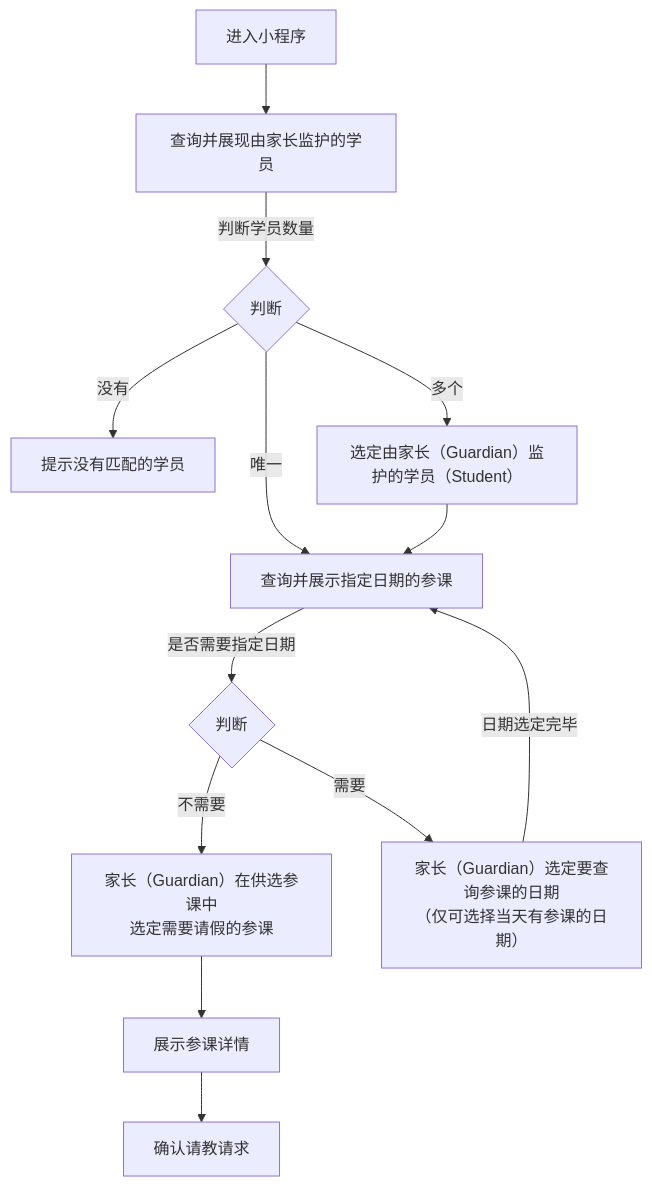
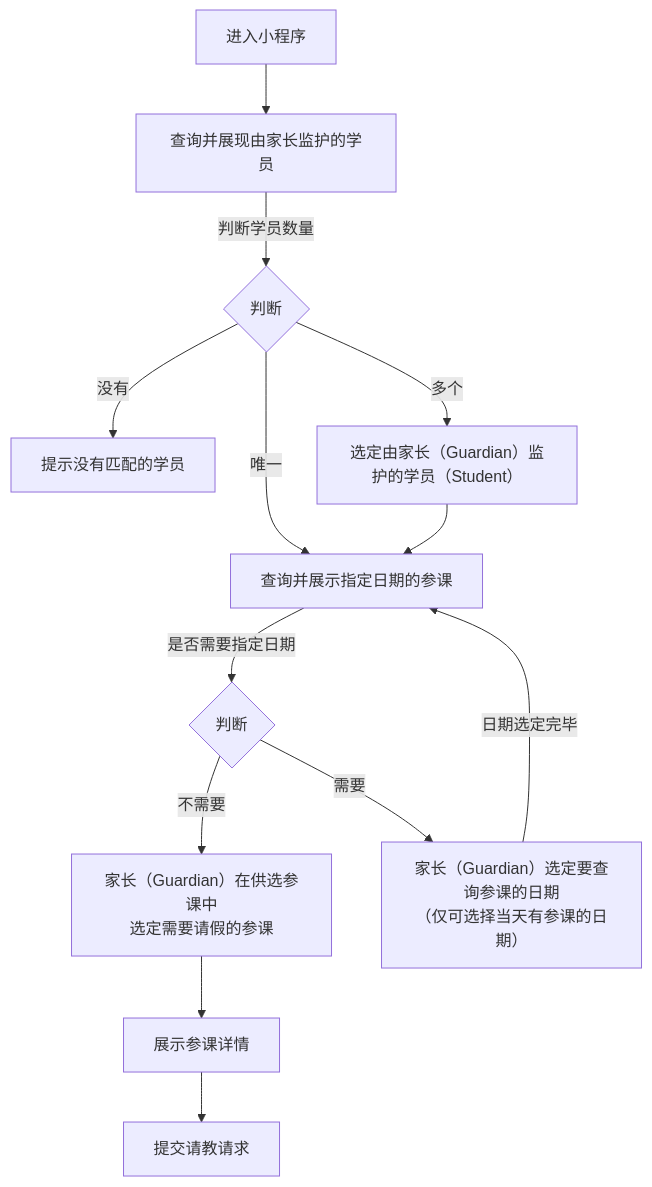
Before and after one commit to world-wide-web/sign: the diagram in 用例/请假.md, drawn with Mermaid. The commit also changed other lines of this file, not shown here.

````diff
--- a/用例/请假.md
+++ b/用例/请假.md
@@ -7,39 +7,39 @@
 ```mermaid
 graph TD
 
 进入小程序-->查询并展现由家长监护的学员
 
 查询并展现由家长监护的学员--判断学员数量-->判断学员数量
 
 判断学员数量--没有-->提示没有匹配的学员
 
 判断学员数量--唯一-->查询并展示指定日期的参课
 
 判断学员数量--多个-->选定学员
 
 选定学员-->查询并展示指定日期的参课
 
 查询并展示指定日期的参课--是否需要指定日期-->决定是否需要指定日期
 
 决定是否需要指定日期--不需要-->选定参课
 
 决定是否需要指定日期--需要-->选定日期
 
 选定日期--日期选定完毕-->查询并展示指定日期的参课
 
 选定参课-->展示参课详情
 
-展示参课详情-->确认请教请求
+展示参课详情-->提交请教请求
 
 判断学员数量{"<center>判断</center>"}
 
 选定学员["<center>选定由家长（Guardian）监护的学员（Student）</center>"]
 
 决定是否需要指定日期{"<center>判断</center>"}
 
 选定日期["<center>家长（Guardian）选定要查询参课的日期<br>（仅可选择当天有参课的日期）</center>"]
 
 选定参课["<center>家长（Guardian）在供选参课中<br>选定需要请假的参课</center>"]
 
 
 ```
````
